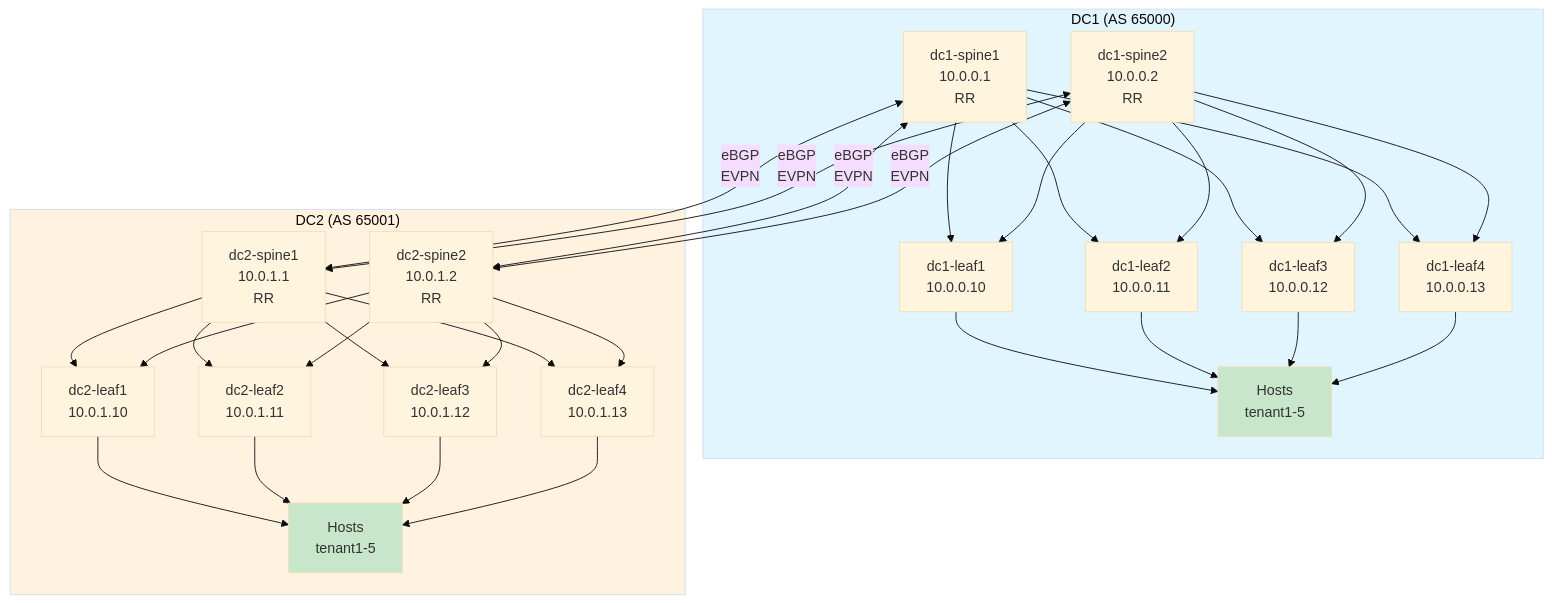
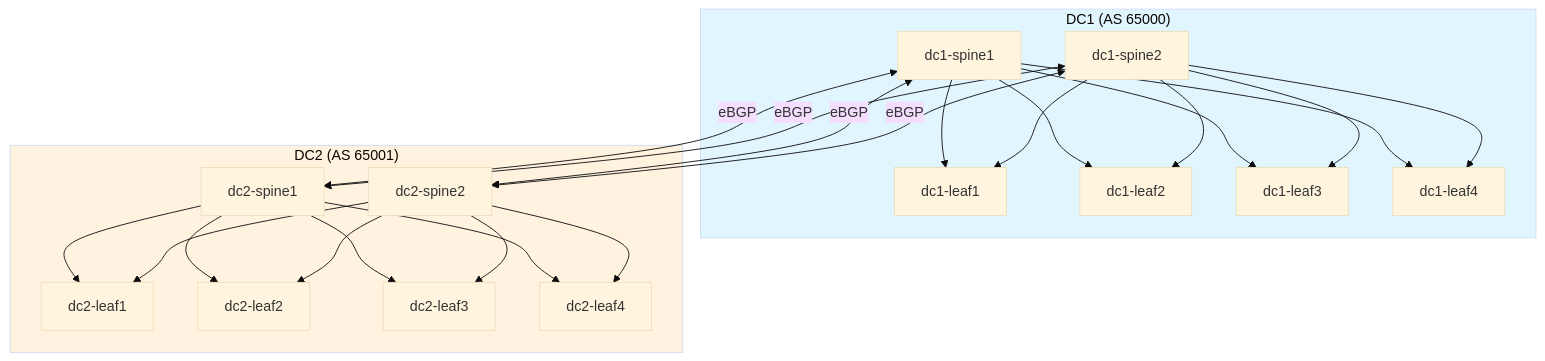
The diagram in docs/README.md (d3ej/multi-dc-evpn), drawn with Mermaid (base theme) before and after one commit. The commit also changed other lines of this file and 5 other files, not shown here.

Commit message:
Update documentation and versioning; remove obsolete Mermaid diagrams

````diff
--- a/docs/README.md
+++ b/docs/README.md
@@ -14,66 +14,41 @@
 ```mermaid
 graph TB
     subgraph DC1["DC1 (AS 65000)"]
-        DC1_S1["dc1-spine1<br/>10.0.0.1<br/>RR"]
-        DC1_S2["dc1-spine2<br/>10.0.0.2<br/>RR"]
-        
-        DC1_L1["dc1-leaf1<br/>10.0.0.10"]
-        DC1_L2["dc1-leaf2<br/>10.0.0.11"]
-        DC1_L3["dc1-leaf3<br/>10.0.0.12"]
-        DC1_L4["dc1-leaf4<br/>10.0.0.13"]
-        
-        H1["Hosts<br/>tenant1-5"]
-        
+        DC1_S1["dc1-spine1"]
+        DC1_S2["dc1-spine2"]
+        DC1_L1["dc1-leaf1"]
+        DC1_L2["dc1-leaf2"]
+        DC1_L3["dc1-leaf3"]
+        DC1_L4["dc1-leaf4"]
         DC1_S1 --> DC1_L1
         DC1_S1 --> DC1_L2
         DC1_S1 --> DC1_L3
         DC1_S1 --> DC1_L4
-        
         DC1_S2 --> DC1_L1
         DC1_S2 --> DC1_L2
         DC1_S2 --> DC1_L3
         DC1_S2 --> DC1_L4
-        
-        DC1_L1 --> H1
-        DC1_L2 --> H1
-        DC1_L3 --> H1
-        DC1_L4 --> H1
     end
-    
     subgraph DC2["DC2 (AS 65001)"]
-        DC2_S1["dc2-spine1<br/>10.0.1.1<br/>RR"]
-        DC2_S2["dc2-spine2<br/>10.0.1.2<br/>RR"]
-        
-        DC2_L1["dc2-leaf1<br/>10.0.1.10"]
-        DC2_L2["dc2-leaf2<br/>10.0.1.11"]
-        DC2_L3["dc2-leaf3<br/>10.0.1.12"]
-        DC2_L4["dc2-leaf4<br/>10.0.1.13"]
-        
-        H2["Hosts<br/>tenant1-5"]
-        
+        DC2_S1["dc2-spine1"]
+        DC2_S2["dc2-spine2"]
+        DC2_L1["dc2-leaf1"]
+        DC2_L2["dc2-leaf2"]
+        DC2_L3["dc2-leaf3"]
+        DC2_L4["dc2-leaf4"]
         DC2_S1 --> DC2_L1
         DC2_S1 --> DC2_L2
         DC2_S1 --> DC2_L3
         DC2_S1 --> DC2_L4
-        
         DC2_S2 --> DC2_L1
         DC2_S2 --> DC2_L2
         DC2_S2 --> DC2_L3
         DC2_S2 --> DC2_L4
-        
-        DC2_L1 --> H2
-        DC2_L2 --> H2
-        DC2_L3 --> H2
-        DC2_L4 --> H2
     end
-    
-    DC1_S1 <-->|eBGP<br/>EVPN| DC2_S1
-    DC1_S1 <-->|eBGP<br/>EVPN| DC2_S2
-    DC1_S2 <-->|eBGP<br/>EVPN| DC2_S1
-    DC1_S2 <-->|eBGP<br/>EVPN| DC2_S2
-    
+    DC1_S1 <-->|eBGP| DC2_S1
+    DC1_S1 <-->|eBGP| DC2_S2
+    DC1_S2 <-->|eBGP| DC2_S1
+    DC1_S2 <-->|eBGP| DC2_S2
     style DC1 fill:#e1f5ff
     style DC2 fill:#fff3e0
-    style H1 fill:#c8e6c9
-    style H2 fill:#c8e6c9
 ```
````
